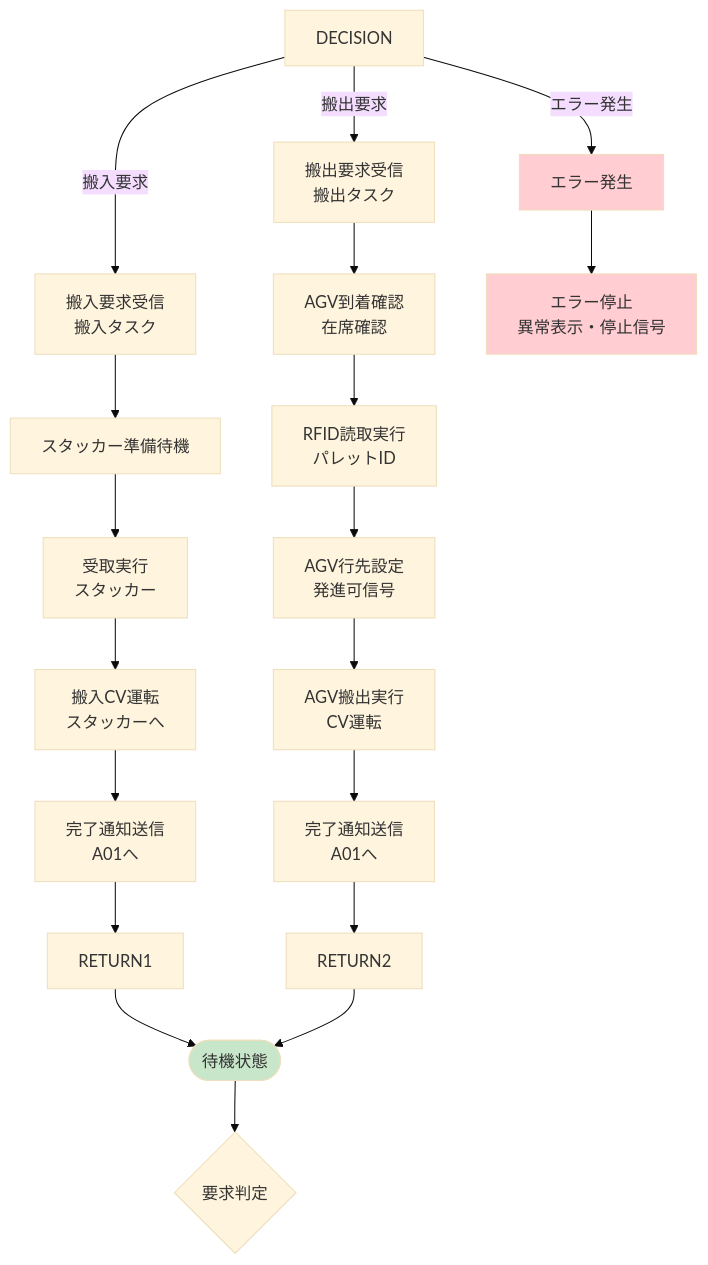
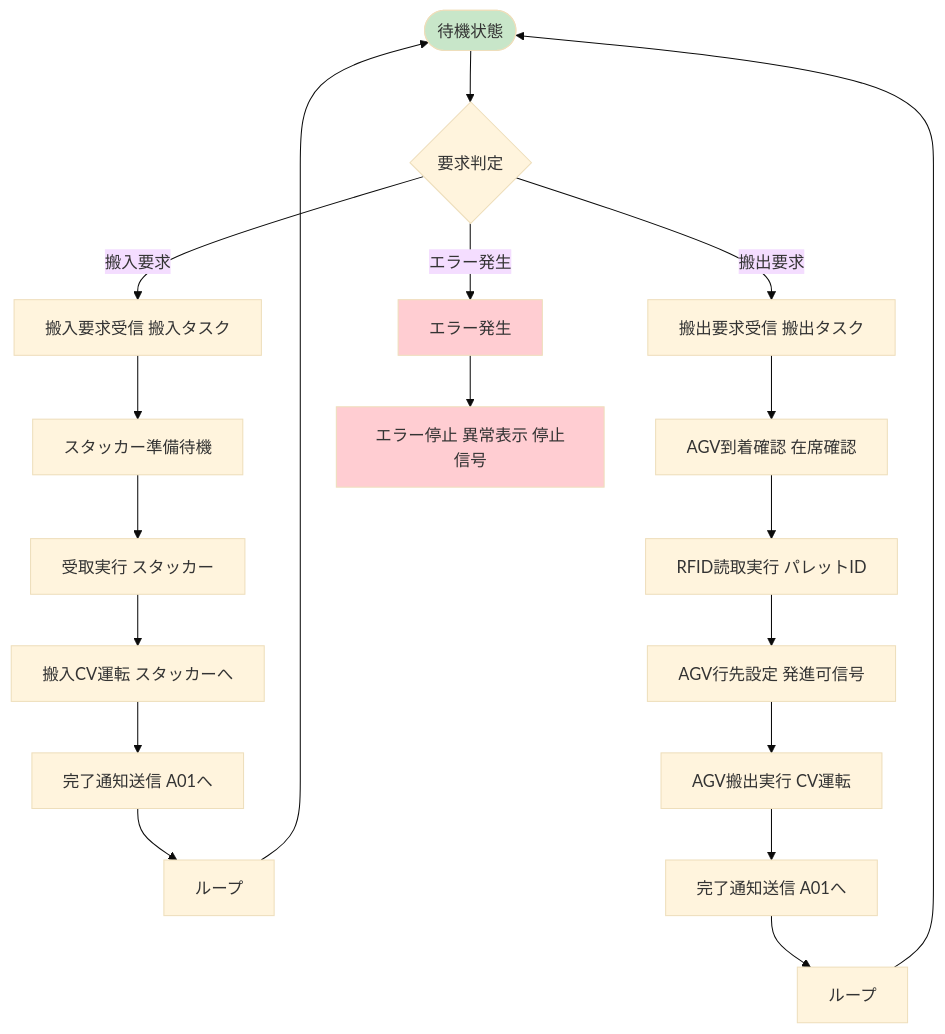
The seventh of 12 diagrams in 0304/システムフローチャート.md (iceplantengineering/YTEC_NewLadder), drawn with Mermaid (base theme) before and after one commit. The commit also changed other lines of this file, not shown here.

First line of the commit message:
Fix Mermaid diagrams for GitHub compatibility

````diff
--- a/0304/システムフローチャート.md
+++ b/0304/システムフローチャート.md
@@ -255,32 +230,32 @@
 ```mermaid
 flowchart TB
     STANDBY([待機状態])
 
     STANDBY --> DECIDE{要求判定}
 
-    DECISION -->|搬入要求| REQ_IN[搬入要求受信<br/>搬入タスク]
-    DECISION -->|搬出要求| REQ_OUT[搬出要求受信<br/>搬出タスク]
-    DECISION -->|エラー発生| ERROR[エラー発生]
+    DECIDE -->|搬入要求| REQ_IN[搬入要求受信 搬入タスク]
+    DECIDE -->|搬出要求| REQ_OUT[搬出要求受信 搬出タスク]
+    DECIDE -->|エラー発生| ERROR[エラー発生]
 
     REQ_IN --> WAIT_STK[スタッカー準備待機]
-    WAIT_STK --> TAKE_IN[受取実行<br/>スタッカー]
-    TAKE_IN --> RUN_IN[搬入CV運転<br/>スタッカーへ]
-    RUN_IN --> NOTIFY_IN[完了通知送信<br/>A01へ]
-    NOTIFY_IN --> RETURN1
+    WAIT_STK --> TAKE_IN[受取実行 スタッカー]
+    TAKE_IN --> RUN_IN[搬入CV運転 スタッカーへ]
+    RUN_IN --> NOTIFY_IN[完了通知送信 A01へ]
+    NOTIFY_IN --> LOOP1[ループ]
 
-    REQ_OUT --> CHECK_AGV_OUT[AGV到着確認<br/>在席確認]
-    CHECK_AGV_OUT --> RFID_OUT[RFID読取実行<br/>パレットID]
-    RFID_OUT --> SET_AGV[AGV行先設定<br/>発進可信号]
-    SET_AGV --> RUN_OUT[AGV搬出実行<br/>CV運転]
-    RUN_OUT --> NOTIFY_OUT[完了通知送信<br/>A01へ]
-    NOTIFY_OUT --> RETURN2
+    REQ_OUT --> CHECK_AGV_OUT[AGV到着確認 在席確認]
+    CHECK_AGV_OUT --> RFID_OUT[RFID読取実行 パレットID]
+    RFID_OUT --> SET_AGV[AGV行先設定 発進可信号]
+    SET_AGV --> RUN_OUT[AGV搬出実行 CV運転]
+    RUN_OUT --> NOTIFY_OUT[完了通知送信 A01へ]
+    NOTIFY_OUT --> LOOP2[ループ]
 
-    ERROR --> STOP[エラー停止<br/>異常表示・停止信号]
+    ERROR --> STOP[エラー停止 異常表示 停止信号]
 
-    RETURN1 --> STANDBY
-    RETURN2 --> STANDBY
+    LOOP1 --> STANDBY
+    LOOP2 --> STANDBY
 
     style STANDBY fill:#c8e6c9
     style ERROR fill:#ffcdd2
     style STOP fill:#ffcdd2
 ```
````
